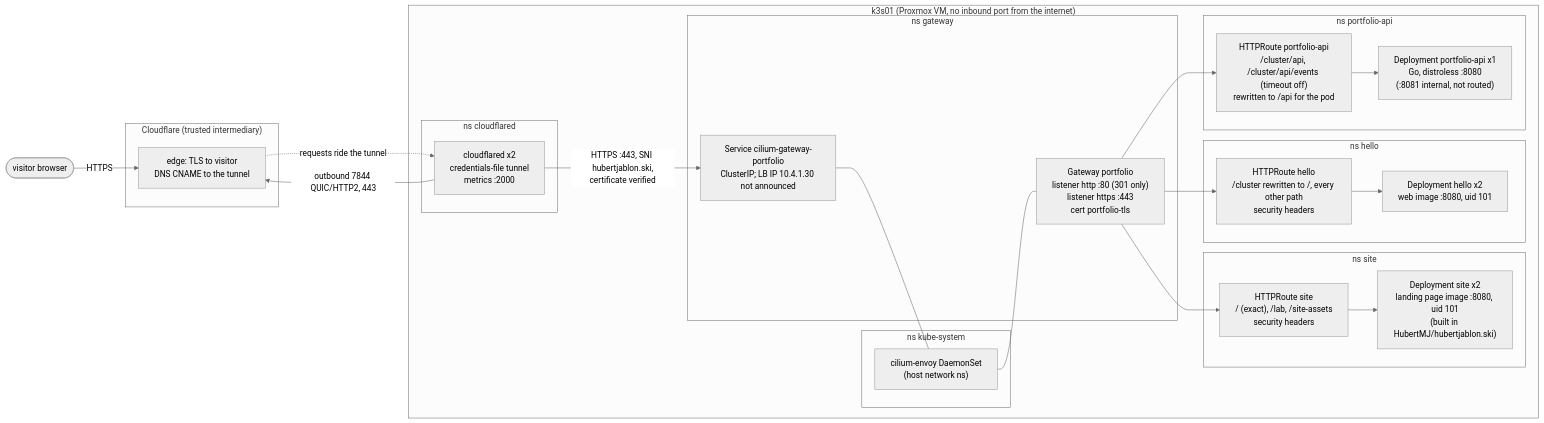
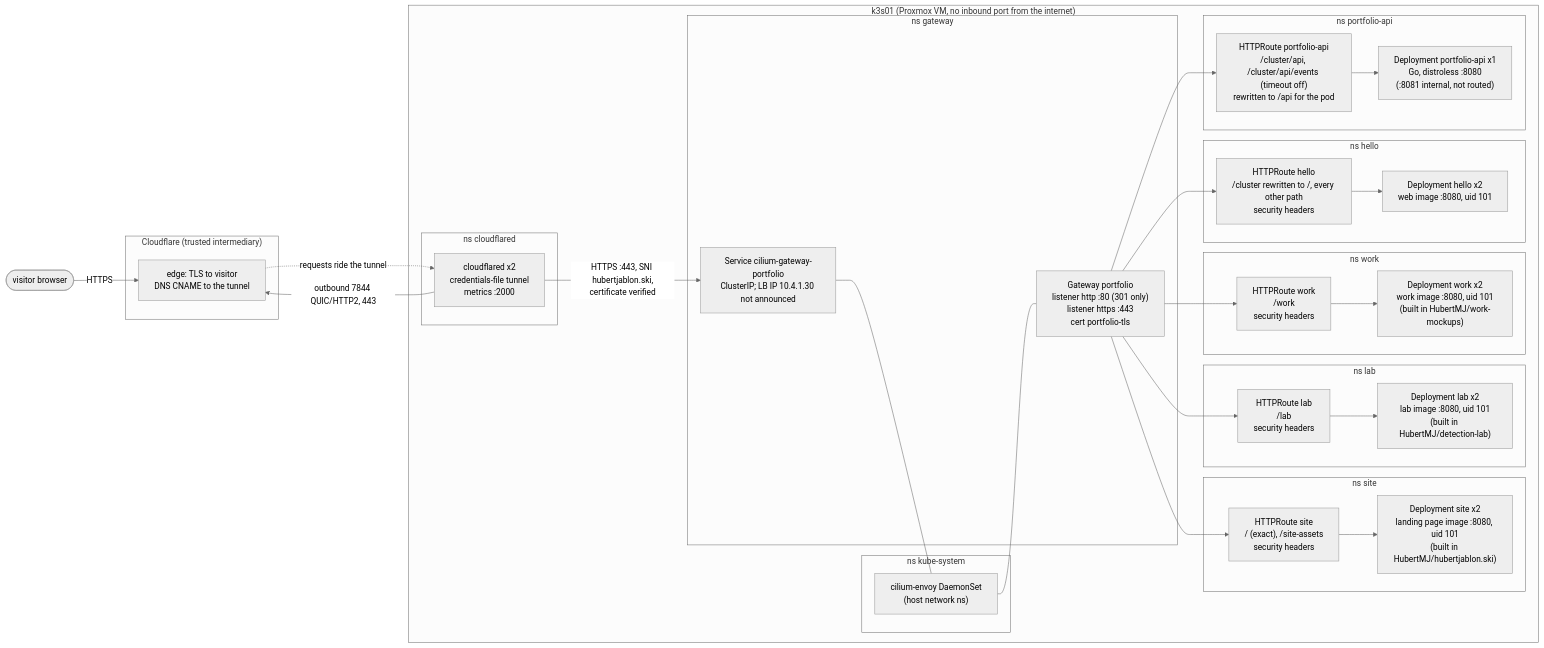
The first of 6 diagrams in docs/architecture/README.md (HubertMJ/self-defending-portfolio), drawn with Mermaid (neutral theme) before and after one commit. The commit also changed other lines of this file and 14 other files, not shown here.

````diff
--- a/docs/architecture/README.md
+++ b/docs/architecture/README.md
@@ -33,40 +33,50 @@
 ```mermaid
 flowchart LR
     V([visitor browser])
     subgraph CF["Cloudflare (trusted intermediary)"]
         EDGE["edge: TLS to visitor<br/>DNS CNAME to the tunnel"]
     end
     subgraph NODE["k3s01 (Proxmox VM, no inbound port from the internet)"]
         subgraph NS_CFD["ns cloudflared"]
             CFD["cloudflared x2<br/>credentials-file tunnel<br/>metrics :2000"]
         end
         subgraph NS_KS["ns kube-system"]
             ENVOY["cilium-envoy DaemonSet<br/>(host network ns)"]
         end
         subgraph NS_GW["ns gateway"]
             GW["Gateway portfolio<br/>listener http :80 (301 only)<br/>listener https :443<br/>cert portfolio-tls"]
             SVC["Service cilium-gateway-portfolio<br/>ClusterIP; LB IP 10.4.1.30 not announced"]
         end
         subgraph NS_SITE["ns site"]
-            SROUTE["HTTPRoute site<br/>/ (exact), /lab, /site-assets<br/>security headers"]
+            SROUTE["HTTPRoute site<br/>/ (exact), /site-assets<br/>security headers"]
             SITE["Deployment site x2<br/>landing page image :8080, uid 101<br/>(built in HubertMJ/hubertjablon.ski)"]
+        end
+        subgraph NS_LAB["ns lab"]
+            LROUTE["HTTPRoute lab<br/>/lab<br/>security headers"]
+            LAB["Deployment lab x2<br/>lab image :8080, uid 101<br/>(built in HubertMJ/detection-lab)"]
+        end
+        subgraph NS_WORK["ns work"]
+            WROUTE["HTTPRoute work<br/>/work<br/>security headers"]
+            WORKD["Deployment work x2<br/>work image :8080, uid 101<br/>(built in HubertMJ/work-mockups)"]
         end
         subgraph NS_HELLO["ns hello"]
             ROUTE["HTTPRoute hello<br/>/cluster rewritten to /, every other path<br/>security headers"]
             WEB["Deployment hello x2<br/>web image :8080, uid 101"]
         end
         subgraph NS_API["ns portfolio-api"]
             AROUTE["HTTPRoute portfolio-api<br/>/cluster/api, /cluster/api/events (timeout off)<br/>rewritten to /api for the pod"]
             API["Deployment portfolio-api x1<br/>Go, distroless :8080<br/>(:8081 internal, not routed)"]
         end
     end
     V -- "HTTPS" --> EDGE
     CFD -- "outbound 7844 QUIC/HTTP2, 443" --> EDGE
     EDGE -. "requests ride the tunnel" .-> CFD
     CFD -- "HTTPS :443, SNI hubertjablon.ski,<br/>certificate verified" --> SVC
     SVC --- ENVOY
     ENVOY --- GW
     GW --> SROUTE --> SITE
+    GW --> LROUTE --> LAB
+    GW --> WROUTE --> WORKD
     GW --> ROUTE --> WEB
     GW --> AROUTE --> API
 ```
````
